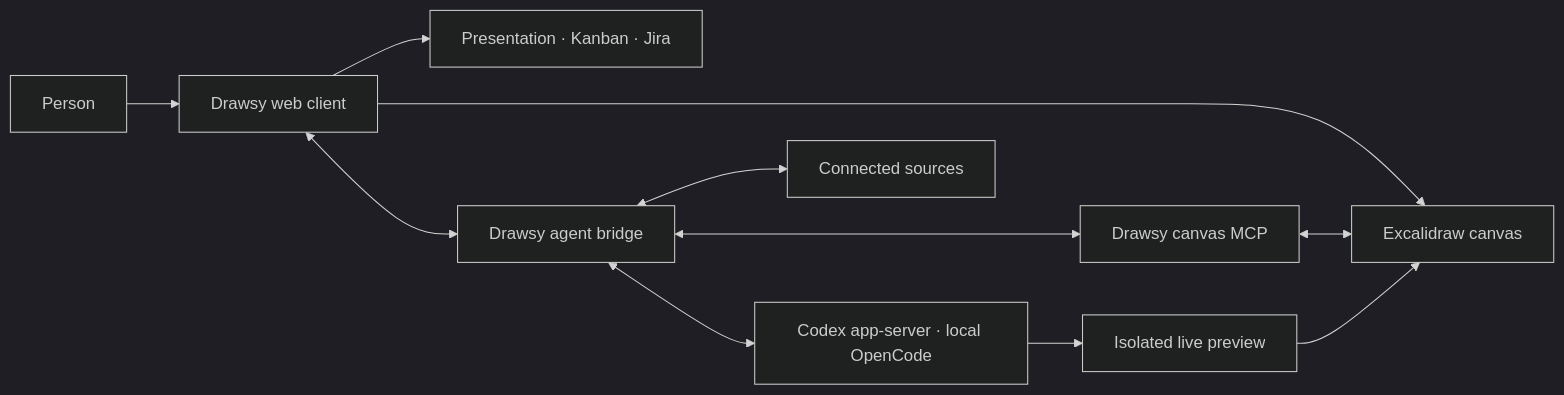
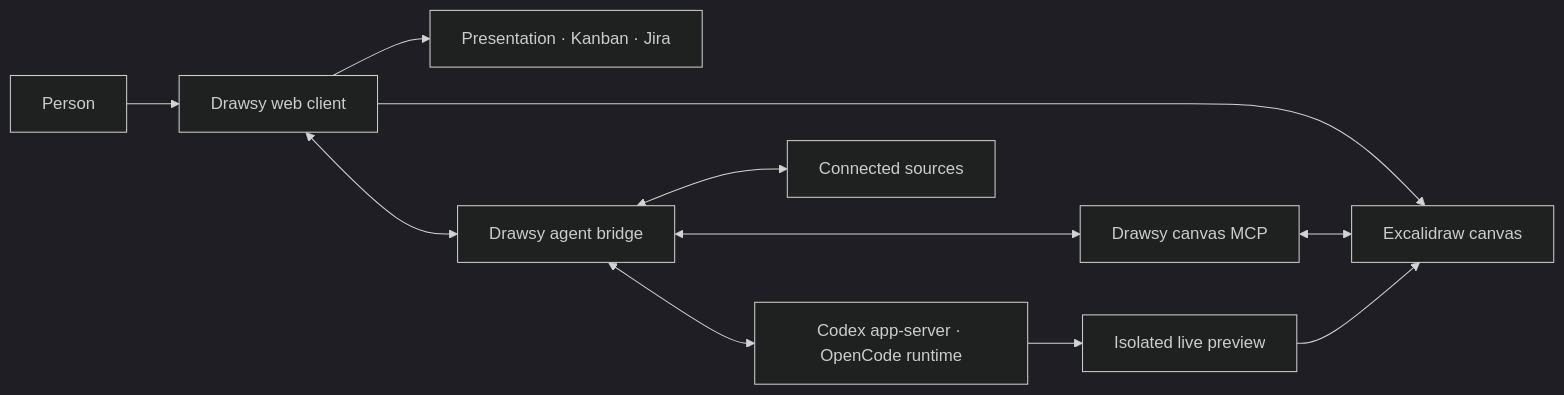
Before and after one commit to adarshnagrikar14/drawsy-ai: the diagram in README.md, drawn with Mermaid (dark theme). The commit also changed other lines of this file and 1 other file, not shown here.

Commit message:
feat: enhance README and BUILD_WEEK documentation with OpenCode integration details and updates

````diff
--- a/README.md
+++ b/README.md
@@ -98,13 +98,13 @@
 ```mermaid
 flowchart LR
   Person["Person"] --> Client["Drawsy web client"]
   Client --> Canvas["Excalidraw canvas"]
   Client --> Surfaces["Presentation · Kanban · Jira"]
   Client <--> Bridge["Drawsy agent bridge"]
-  Bridge <--> Agents["Codex app-server · local OpenCode"]
+  Bridge <--> Agents["Codex app-server · OpenCode runtime"]
   Bridge <--> CanvasMCP["Drawsy canvas MCP"]
   Bridge <--> Sources["Connected sources"]
   CanvasMCP <--> Canvas
   Agents --> Preview["Isolated live preview"]
   Preview --> Canvas
 ```
````
